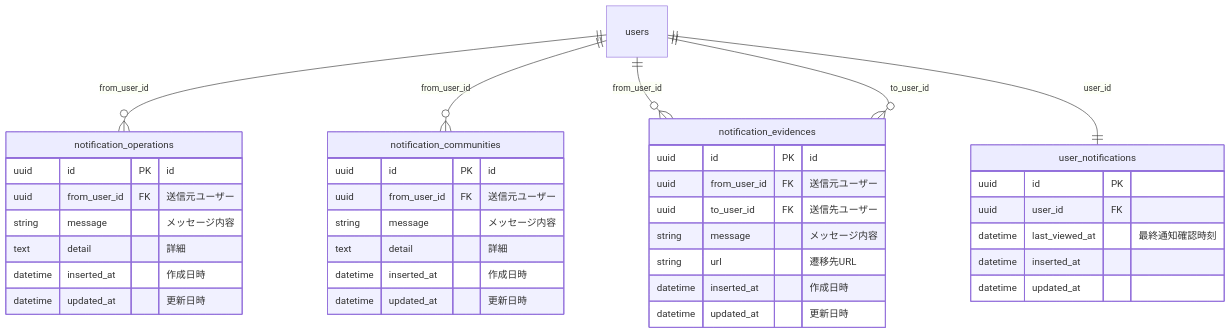
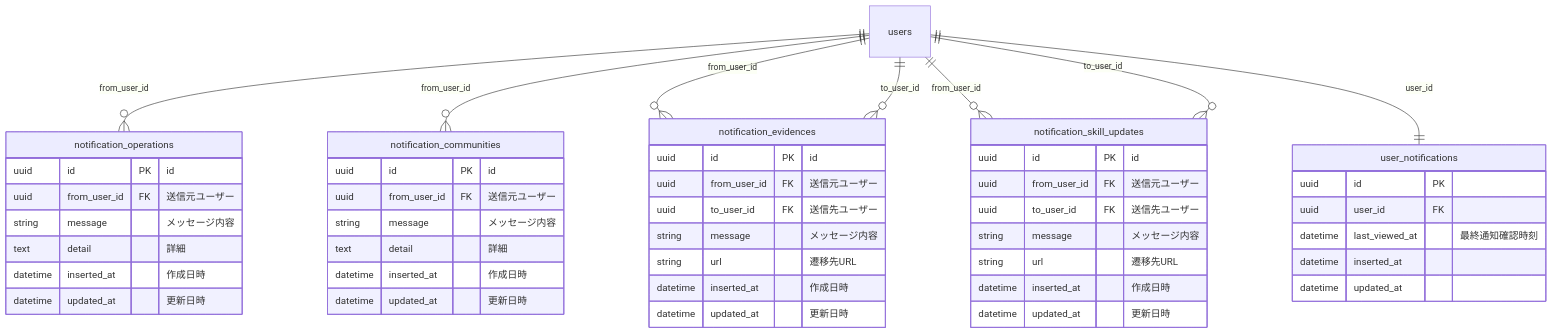
Before and after one commit to bright-org/bright: the seventh of 7 diagrams in docs/conceptual_schemas/notifications.md, drawn with Mermaid. The commit also changed other lines of this file and 4 other files, not shown here.

````diff
--- a/docs/conceptual_schemas/notifications.md
+++ b/docs/conceptual_schemas/notifications.md
@@ -152,47 +152,60 @@
 ```mermaid
 erDiagram
   "users" ||--o{ "notification_operations" : "from_user_id"
 
   notification_operations {
     uuid id PK "id"
     uuid from_user_id	FK "送信元ユーザー"
     string message	"メッセージ内容"
     text detail	"詳細"
     datetime inserted_at "作成日時"
     datetime updated_at "更新日時"
   }
 
   "users" ||--o{ "notification_communities" : "from_user_id"
 
   notification_communities {
     uuid id PK "id"
     uuid from_user_id	FK "送信元ユーザー"
     string message	"メッセージ内容"
     text detail	"詳細"
     datetime inserted_at "作成日時"
     datetime updated_at "更新日時"
   }
 
   "users" ||--o{ "notification_evidences" : "from_user_id"
   "users" ||--o{ "notification_evidences" : "to_user_id"
 
   notification_evidences {
     uuid id PK "id"
     uuid from_user_id	FK "送信元ユーザー"
     uuid to_user_id	FK "送信先ユーザー"
     string message	"メッセージ内容"
     string url	"遷移先URL"
     datetime inserted_at "作成日時"
     datetime updated_at "更新日時"
   }
 
+  "users" ||--o{ "notification_skill_updates" : "from_user_id"
+  "users" ||--o{ "notification_skill_updates" : "to_user_id"
+
+  notification_skill_updates {
+    uuid id PK "id"
+    uuid from_user_id	FK "送信元ユーザー"
+    uuid to_user_id	FK "送信先ユーザー"
+    string message	"メッセージ内容"
+    string url	"遷移先URL"
+    datetime inserted_at "作成日時"
+    datetime updated_at "更新日時"
+  }
+
   "users" ||--|| "user_notifications" : "user_id"
 
   user_notifications {
     uuid id PK
     uuid user_id FK
     datetime last_viewed_at "最終通知確認時刻"
     datetime inserted_at
     datetime updated_at
   }
 ```
````
